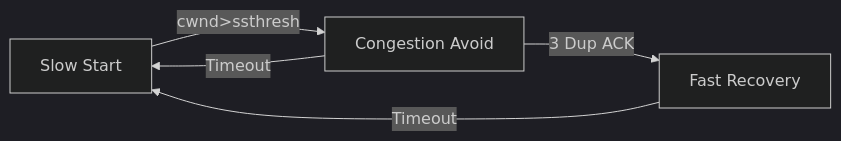
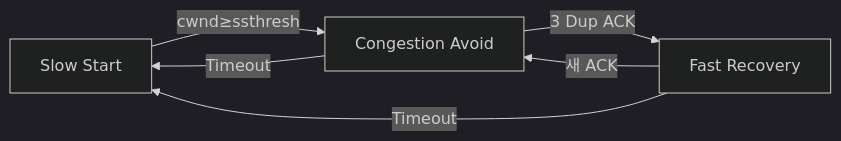
One commit to yjkim2015/yjkim2015.github.io changed the fourth of 6 diagrams in _posts/network/2026-05-03-tcp-udp-deep.md. Above: the diagram before and after it, drawn with Mermaid (dark theme). The commit also changed other lines of this file and 4 other files, not shown here.

````diff
--- a/_posts/network/2026-05-03-tcp-udp-deep.md
+++ b/_posts/network/2026-05-03-tcp-udp-deep.md
@@ -192,7 +490,8 @@
 ```mermaid
 graph LR
-    SS["Slow Start"] -->|"cwnd>ssthresh"| CA["Congestion Avoid"]
+    SS["Slow Start"] -->|"cwnd≥ssthresh"| CA["Congestion Avoid"]
     CA -->|"3 Dup ACK"| FR["Fast Recovery"]
+    FR -->|"새 ACK"| CA
+    CA -->|"Timeout"| SS
     FR -->|"Timeout"| SS
-    CA -->|"Timeout"| SS
 ```
````
